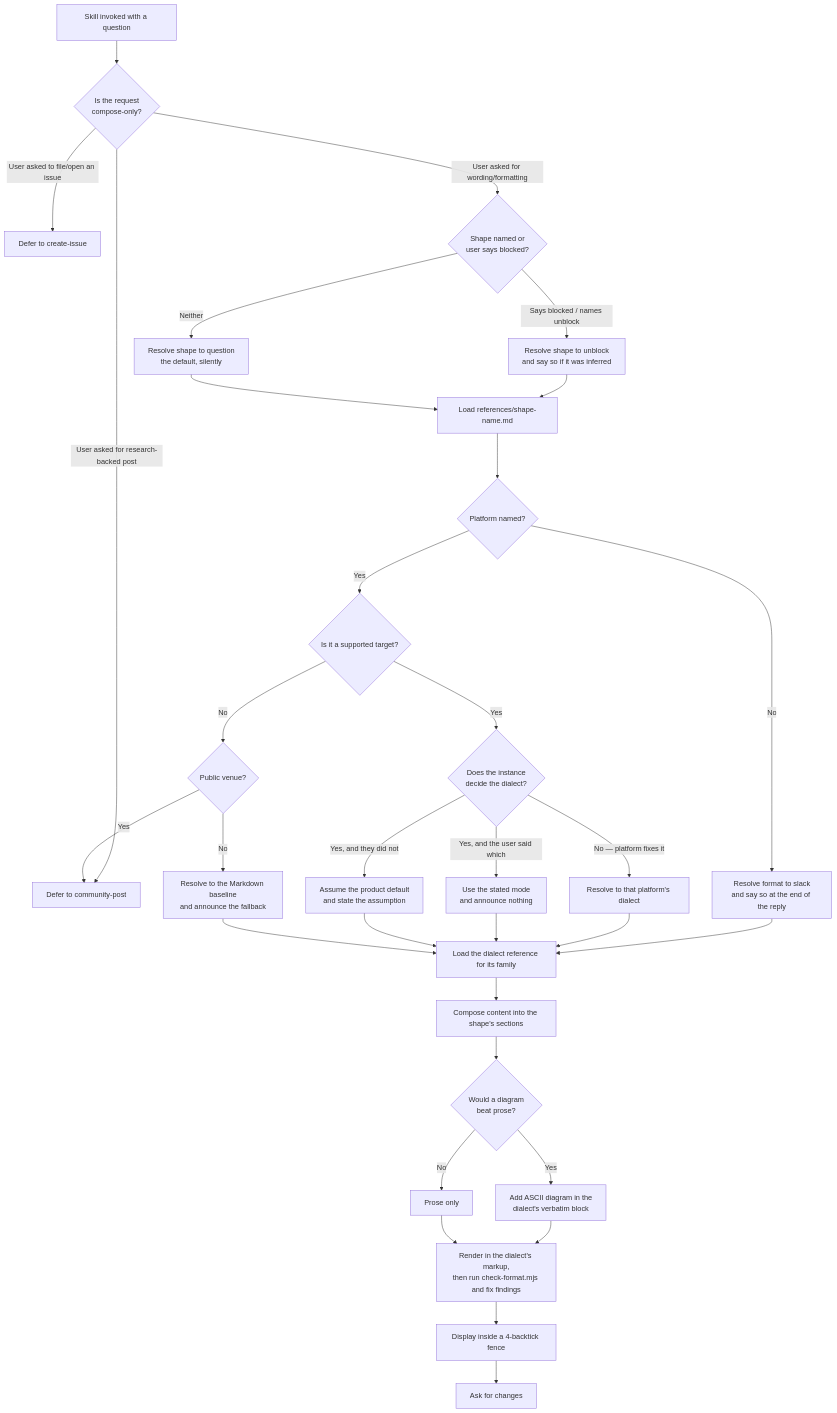
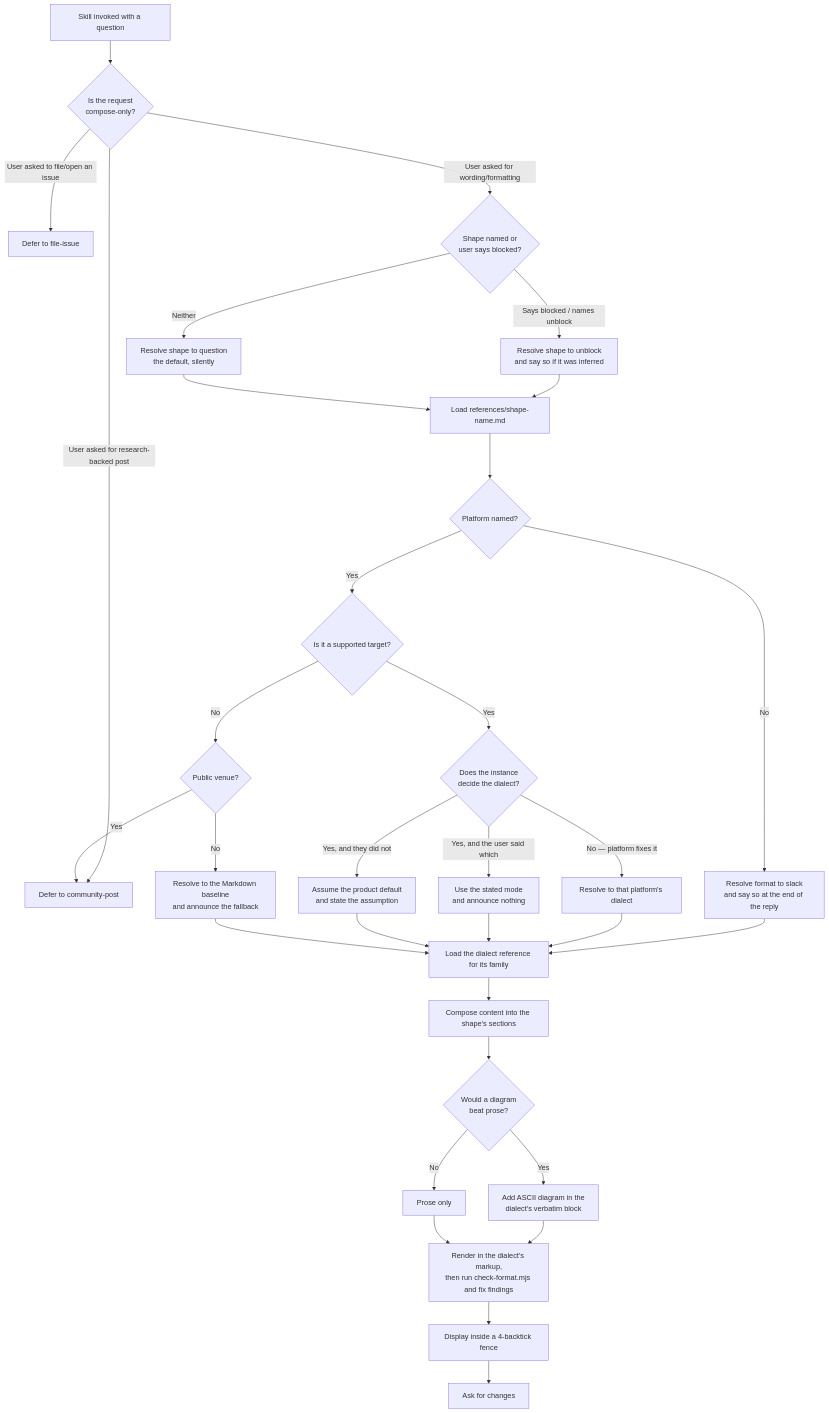
The first of 2 diagrams in .agents/spec/agent-skills/to-question/README.md (repobuddy/repobuddy), drawn with Mermaid before and after one commit. The commit also changed other lines of this file and 21 other files, not shown here.

First line of the commit message:
refactor(repobuddy): rename create-issue skill to file-issue (#785)

````diff
--- a/.agents/spec/agent-skills/to-question/README.md
+++ b/.agents/spec/agent-skills/to-question/README.md
@@ -268,34 +268,34 @@
 ```mermaid
 graph TD
     A[Skill invoked with a question] --> B{Is the request<br/>compose-only?}
-    B -->|User asked to file/open an issue| C[Defer to create-issue]
+    B -->|User asked to file/open an issue| C[Defer to file-issue]
     B -->|User asked for research-backed post| D[Defer to community-post]
     B -->|User asked for wording/formatting| S1{Shape named or<br/>user says blocked?}
     S1 -->|Says blocked / names unblock| S2[Resolve shape to unblock<br/>and say so if it was inferred]
     S1 -->|Neither| S3[Resolve shape to question<br/>the default, silently]
     S2 --> S4[Load references/shape-name.md]
     S3 --> S4
     S4 --> E{Platform named?}
     E -->|No| F[Resolve format to slack<br/>and say so at the end of the reply]
     E -->|Yes| G{Is it a supported target?}
     G -->|Yes| G1{Does the instance<br/>decide the dialect?}
     G -->|No| G0{Public venue?}
     G0 -->|Yes| D
     G0 -->|No| G2[Resolve to the Markdown baseline<br/>and announce the fallback]
     G1 -->|No — platform fixes it| G3[Resolve to that platform's dialect]
     G1 -->|Yes, and the user said which| G4[Use the stated mode<br/>and announce nothing]
     G1 -->|Yes, and they did not| G5[Assume the product default<br/>and state the assumption]
     F --> H[Load the dialect reference for its family]
     G3 --> H
     G4 --> H
     G5 --> H
     G2 --> H
     H --> I[Compose content into the shape's sections]
     I --> J{Would a diagram<br/>beat prose?}
     J -->|Yes| K[Add ASCII diagram in the<br/>dialect's verbatim block]
     J -->|No| L[Prose only]
     K --> M[Render in the dialect's markup,<br/>then run check-format.mjs and fix findings]
     L --> M
     M --> N[Display inside a 4-backtick fence]
     N --> O[Ask for changes]
 ```
````
